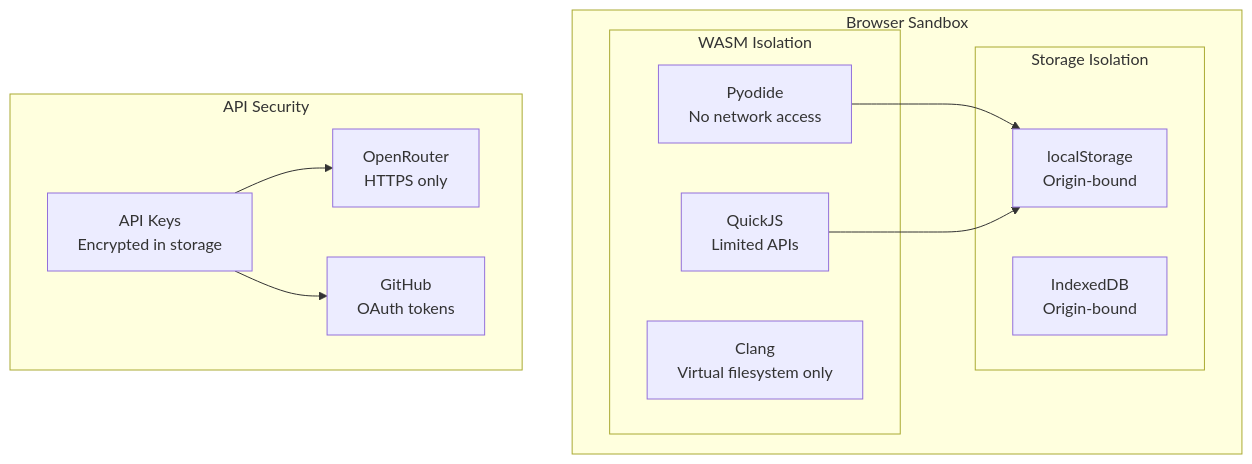
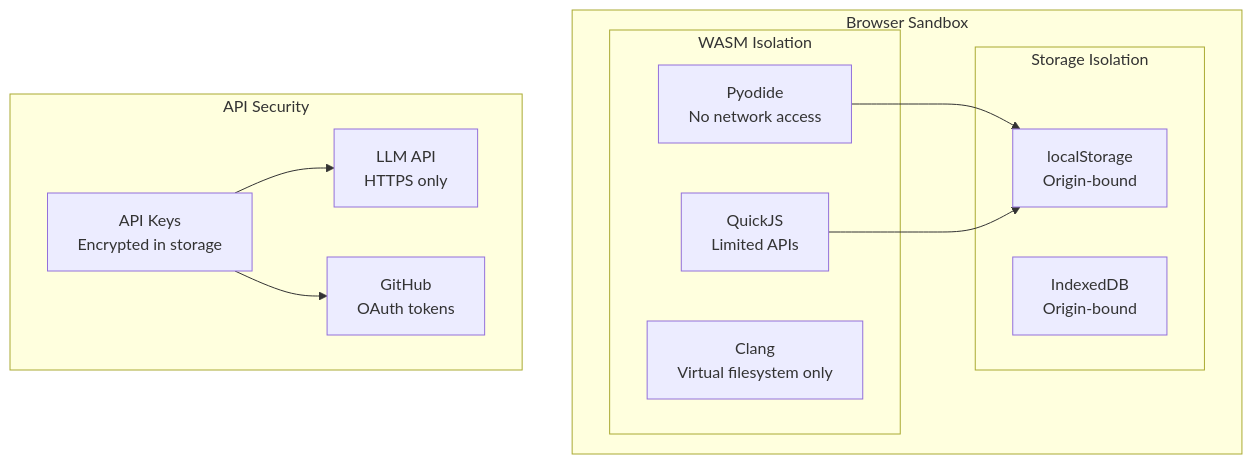
One commit to EvolvingAgentsLabs/llmos changed diagram 23 of 25 in docs/architecture/ARCHITECTURE.md. Above: the diagram before and after it, drawn with Mermaid. The commit also changed other lines of this file and 4 other files, not shown here.

First line of the commit message:
docs: Update architecture documentation for new structure

````diff
--- a/docs/architecture/ARCHITECTURE.md
+++ b/docs/architecture/ARCHITECTURE.md
@@ -902,26 +927,26 @@
 ```mermaid
 graph TB
     subgraph "Browser Sandbox"
         subgraph "WASM Isolation"
             PY[Pyodide<br/>No network access]
             QJS[QuickJS<br/>Limited APIs]
             CLANG[Clang<br/>Virtual filesystem only]
         end
 
         subgraph "Storage Isolation"
             LS[localStorage<br/>Origin-bound]
             IDB[IndexedDB<br/>Origin-bound]
         end
     end
 
     subgraph "API Security"
         KEY[API Keys<br/>Encrypted in storage]
-        OR[OpenRouter<br/>HTTPS only]
+        LLMAPI[LLM API<br/>HTTPS only]
         GH[GitHub<br/>OAuth tokens]
     end
 
     PY --> LS
     QJS --> LS
-    KEY --> OR
+    KEY --> LLMAPI
     KEY --> GH
 ```
````
